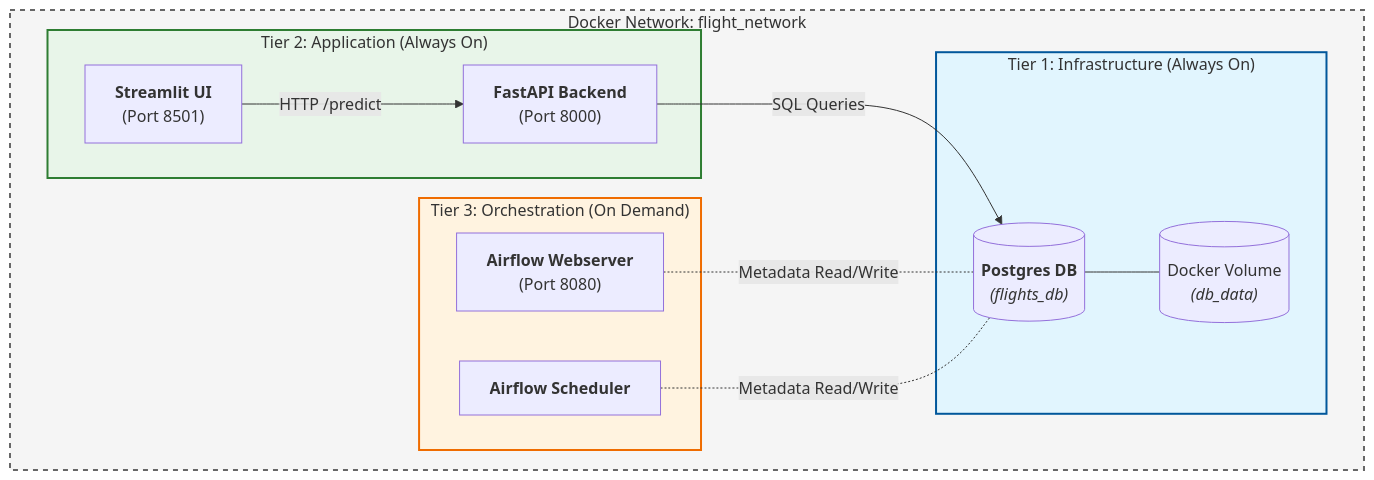
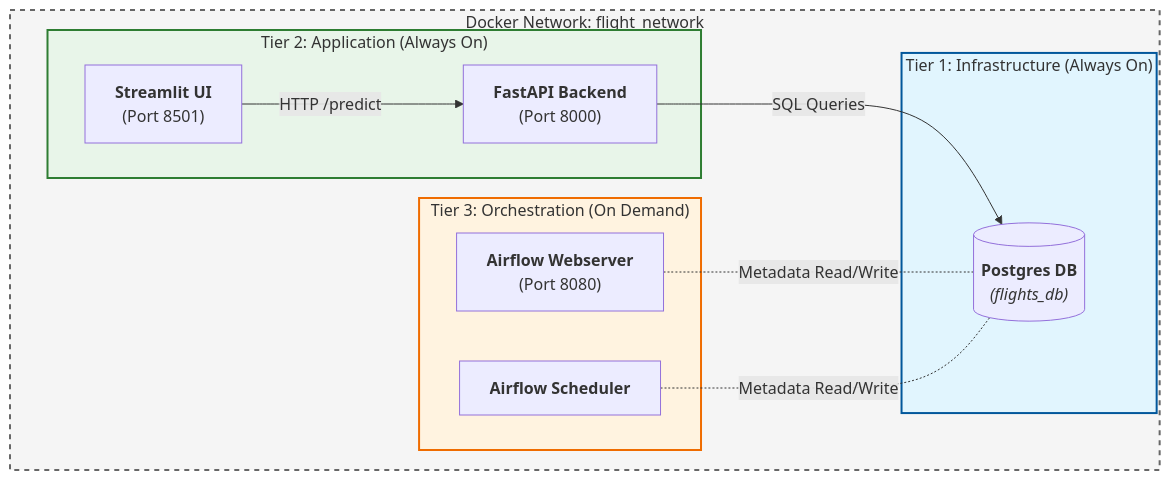
One commit to eli-bigman/flight-price-prediction changed the diagram in README.md. Above: the diagram before and after it, drawn with Mermaid.

````diff
--- a/README.md
+++ b/README.md
@@ -23,31 +23,30 @@
 ```mermaid
 graph TD
     subgraph Network ["Docker Network: flight_network"]
         style Network fill:#f5f5f5,stroke:#666,stroke-width:2px,stroke-dasharray: 5 5
 
         subgraph Infrastructure ["Tier 1: Infrastructure (Always On)"]
             style Infrastructure fill:#e1f5fe,stroke:#01579b,stroke-width:2px
             DB[("<b>Postgres DB</b><br><i>(flights_db)</i>")]
-            Vol[("Docker Volume<br><i>(db_data)</i>")]
-            DB --- Vol
+           
         end
 
         subgraph AppStack ["Tier 2: Application (Always On)"]
             style AppStack fill:#e8f5e9,stroke:#2e7d32,stroke-width:2px
             UI["<b>Streamlit UI</b><br>(Port 8501)"]
             API["<b>FastAPI Backend</b><br>(Port 8000)"]
 
             UI -->|"HTTP /predict"| API
             API -->|"SQL Queries"| DB
         end
 
         subgraph JobStack ["Tier 3: Orchestration (On Demand)"]
             style JobStack fill:#fff3e0,stroke:#ef6c00,stroke-width:2px
             Web["<b>Airflow Webserver</b><br>(Port 8080)"]
             Sch["<b>Airflow Scheduler</b>"]
 
             Web -.-|"Metadata Read/Write"| DB
             Sch -.-|"Metadata Read/Write"| DB
         end
     end
 ```
````
